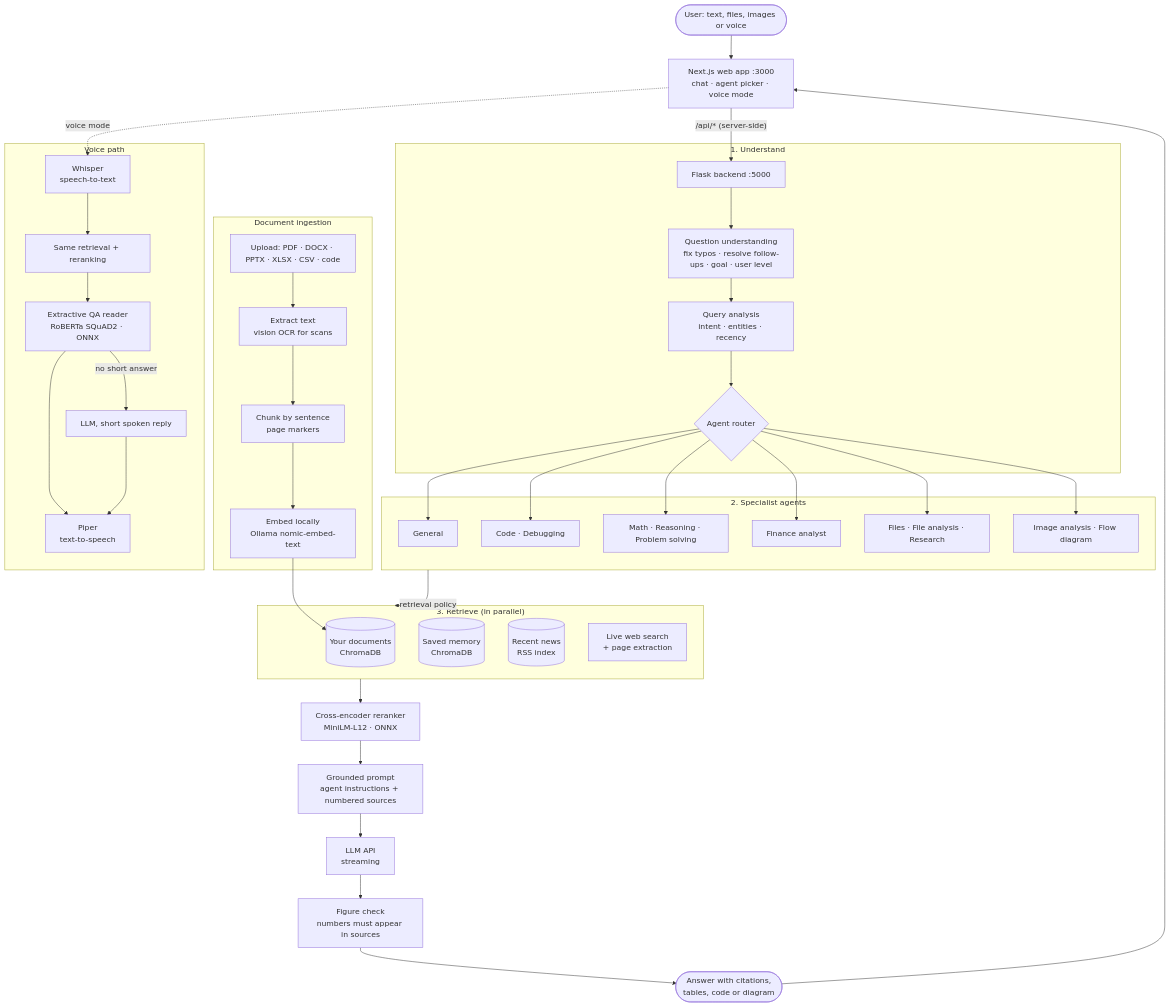
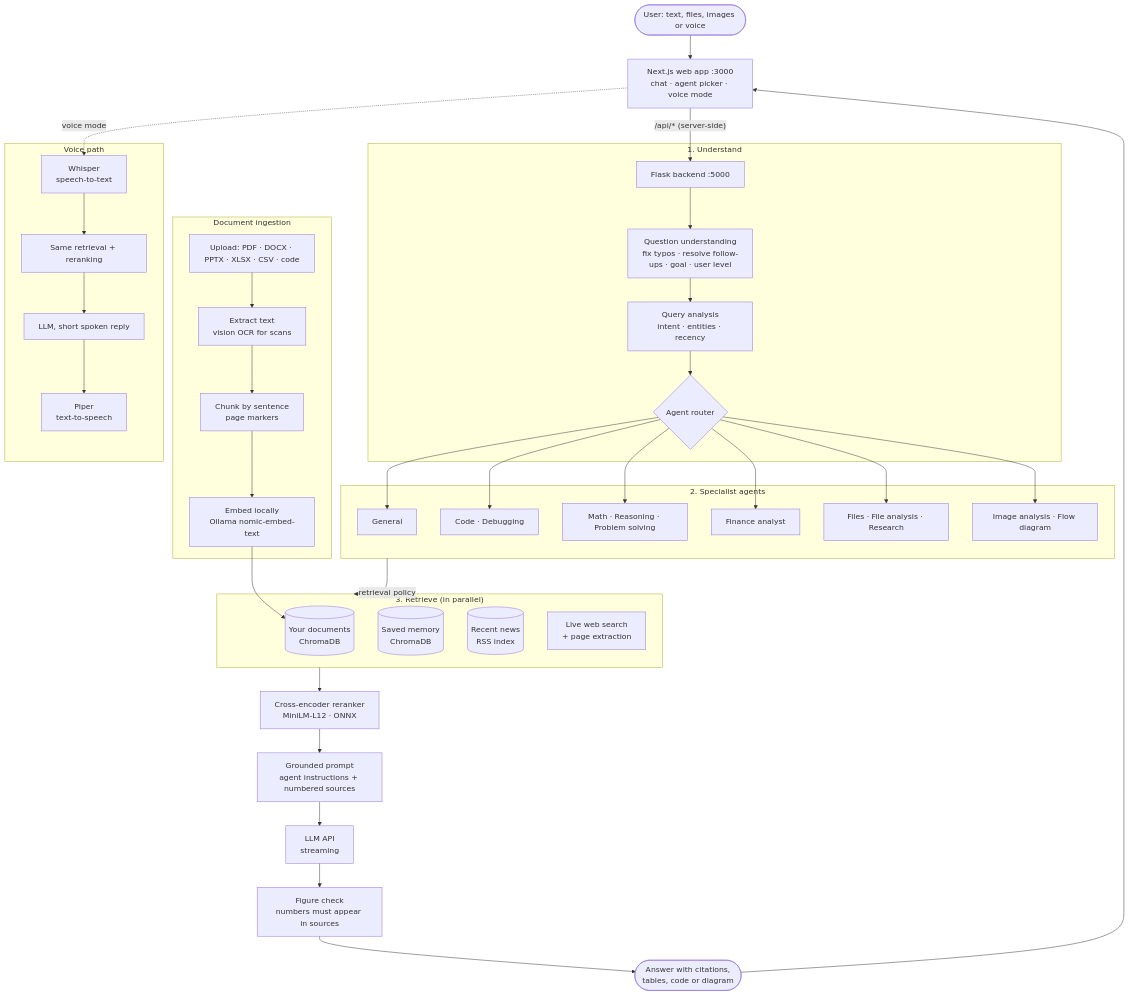
One commit to Shriniketh59/avenza-ai changed the diagram in README.md. Above: the diagram before and after it, drawn with Mermaid. The commit also changed other lines of this file and 3 other files, not shown here.

First line of the commit message:
Voice: answer every question with the LLM, grounded on sources

````diff
--- a/README.md
+++ b/README.md
@@ -82,51 +82,49 @@
 ```mermaid
 flowchart TD
     U(["User: text, files, images or voice"]) --> UI["Next.js web app :3000<br/>chat · agent picker · voice mode"]
     UI -->|"/api/* (server-side)"| API["Flask backend :5000"]
 
     subgraph Understand["1. Understand"]
         API --> QU["Question understanding<br/>fix typos · resolve follow-ups · goal · user level"]
         QU --> QA["Query analysis<br/>intent · entities · recency"]
         QA --> R{"Agent router"}
     end
 
     subgraph Agents["2. Specialist agents"]
         R --> A1["General"]
         R --> A2["Code · Debugging"]
         R --> A3["Math · Reasoning · Problem solving"]
         R --> A4["Finance analyst"]
         R --> A5["Files · File analysis · Research"]
         R --> A6["Image analysis · Flow diagram"]
     end
 
     subgraph Retrieve["3. Retrieve (in parallel)"]
         DOCS[("Your documents<br/>ChromaDB")]
         MEM[("Saved memory<br/>ChromaDB")]
         NEWS[("Recent news<br/>RSS index")]
         WEB["Live web search<br/>+ page extraction"]
     end
 
     Agents -->|"retrieval policy"| Retrieve
     Retrieve --> RR["Cross-encoder reranker<br/>MiniLM-L12 · ONNX"]
     RR --> CTX["Grounded prompt<br/>agent instructions + numbered sources"]
     CTX --> LLM["LLM API<br/>streaming"]
     LLM --> FC["Figure check<br/>numbers must appear in sources"]
     FC --> OUT(["Answer with citations,<br/>tables, code or diagram"])
     OUT --> UI
 
     subgraph Ingest["Document ingestion"]
         F["Upload: PDF · DOCX · PPTX · XLSX · CSV · code"] --> X["Extract text<br/>vision OCR for scans"]
         X --> CH["Chunk by sentence<br/>page markers"]
         CH --> EMB["Embed locally<br/>Ollama nomic-embed-text"]
     end
     EMB --> DOCS
 
     subgraph Voice["Voice path"]
         V1["Whisper<br/>speech-to-text"] --> V2["Same retrieval + reranking"]
-        V2 --> V3["Extractive QA reader<br/>RoBERTa SQuAD2 · ONNX"]
-        V3 -->|"no short answer"| V5["LLM, short spoken reply"]
-        V3 --> V4["Piper<br/>text-to-speech"]
-        V5 --> V4
+        V2 --> V5["LLM, short spoken reply"]
+        V5 --> V4["Piper<br/>text-to-speech"]
     end
     UI -. "voice mode" .-> V1
 ```
````
